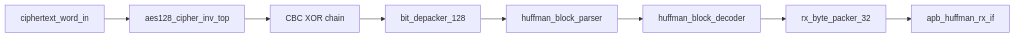
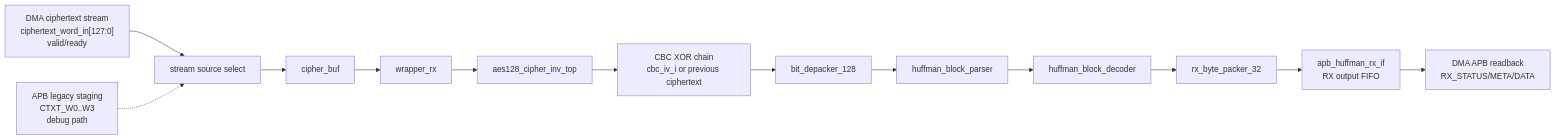
Before and after one commit to ngoquocan139/AES_huffman_all6: the diagram in docs/apb_huffman_aes_rx_top_spec.md, drawn with Mermaid. The commit also changed other lines of this file and 27 other files, not shown here.

````diff
--- a/docs/apb_huffman_aes_rx_top_spec.md
+++ b/docs/apb_huffman_aes_rx_top_spec.md
@@ -35,10 +35,15 @@
 ```mermaid
 flowchart LR
-  IN["ciphertext_word_in"] --> AES["aes128_cipher_inv_top"]
-  AES --> CBC["CBC XOR chain"]
+  DMAIN["DMA ciphertext stream<br/>ciphertext_word_in[127:0]<br/>valid/ready"] --> SEL["stream source select"]
+  APBIN["APB legacy staging<br/>CTXT_W0..W3<br/>debug path"] -.-> SEL
+  SEL --> CBUF["cipher_buf"]
+  CBUF --> WRAP["wrapper_rx"]
+  WRAP --> AES["aes128_cipher_inv_top"]
+  AES --> CBC["CBC XOR chain<br/>cbc_iv_i or previous ciphertext"]
   CBC --> DEP["bit_depacker_128"]
   DEP --> PAR["huffman_block_parser"]
   PAR --> DEC["huffman_block_decoder"]
   DEC --> PK["rx_byte_packer_32"]
-  PK --> APB["apb_huffman_rx_if"]
+  PK --> APB["apb_huffman_rx_if<br/>RX output FIFO"]
+  APB --> DMAOUT["DMA APB readback<br/>RX_STATUS/META/DATA"]
 ```
````
